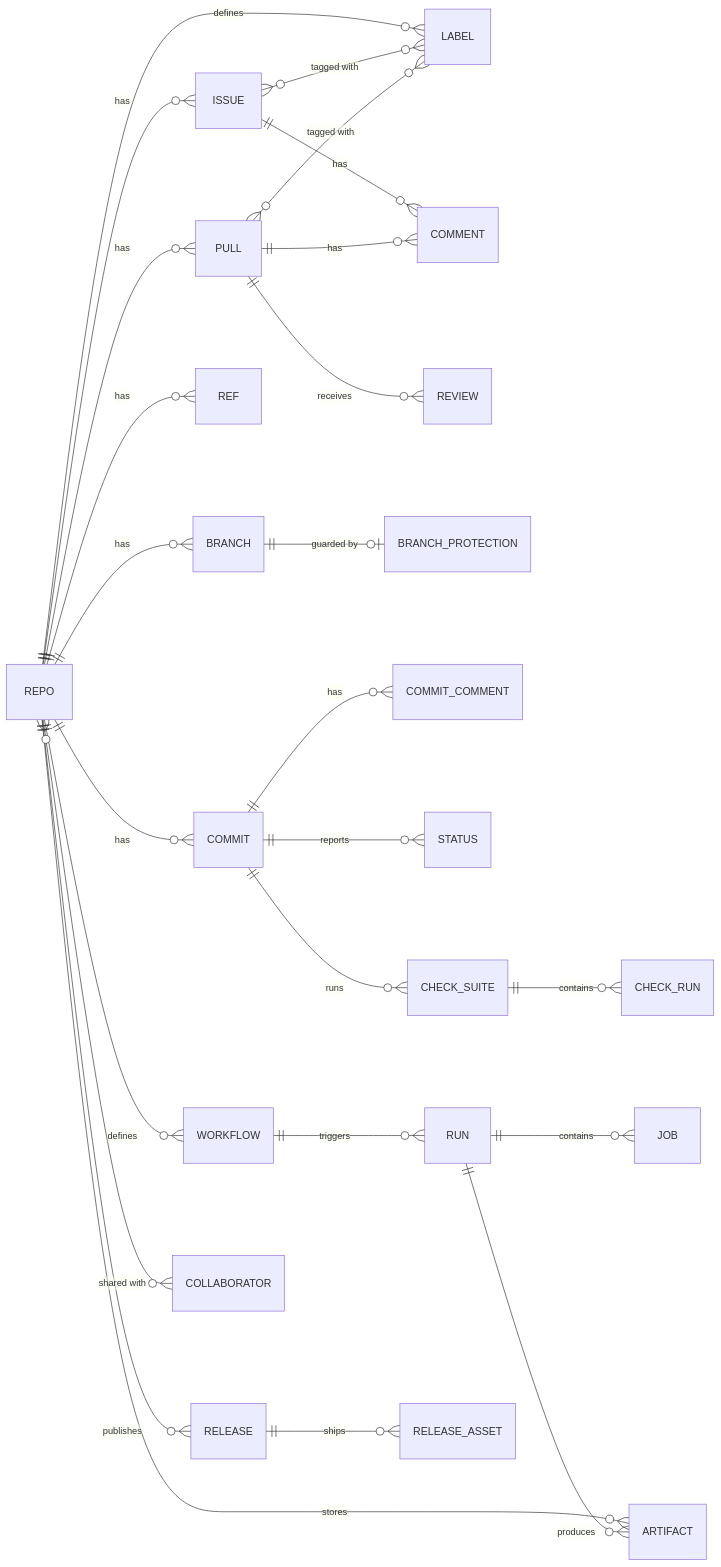
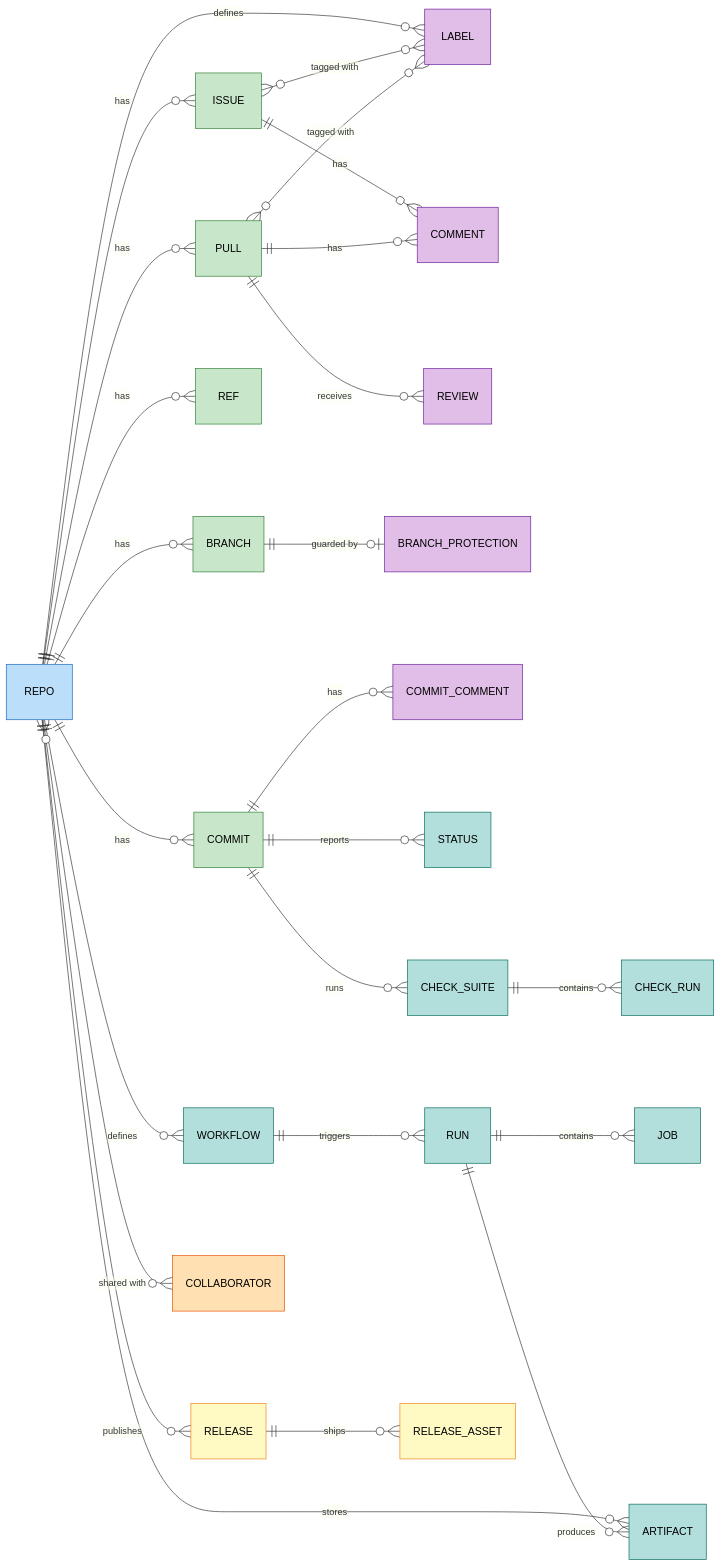
One commit to alephic-ai/foac changed the diagram in doc/github.md. Above: the diagram before and after it, drawn with Mermaid. The commit also changed 6 other files, not shown here.

````diff
--- a/doc/github.md
+++ b/doc/github.md
@@ -33,29 +33,41 @@
 ```mermaid
 erDiagram
     %% LR stacks siblings vertically: tall and narrow instead of very wide
     direction LR
     REPO ||--o{ ISSUE : has
     REPO ||--o{ PULL : has
     REPO ||--o{ BRANCH : has
     REPO ||--o{ REF : has
     REPO ||--o{ COMMIT : has
     REPO ||--o{ LABEL : defines
     REPO ||--o{ RELEASE : publishes
     REPO ||--o{ WORKFLOW : defines
     REPO ||--o{ ARTIFACT : stores
     REPO }o--o{ COLLABORATOR : "shared with"
     ISSUE ||--o{ COMMENT : has
     PULL ||--o{ COMMENT : has
     ISSUE }o--o{ LABEL : "tagged with"
     PULL }o--o{ LABEL : "tagged with"
     PULL ||--o{ REVIEW : receives
     BRANCH ||--o| BRANCH_PROTECTION : "guarded by"
     COMMIT ||--o{ COMMIT_COMMENT : has
     COMMIT ||--o{ STATUS : reports
     COMMIT ||--o{ CHECK_SUITE : runs
     CHECK_SUITE ||--o{ CHECK_RUN : contains
     WORKFLOW ||--o{ RUN : triggers
     RUN ||--o{ JOB : contains
     RUN ||--o{ ARTIFACT : produces
     RELEASE ||--o{ RELEASE_ASSET : ships
+    classDef scope fill:#bbdefb,stroke:#1565c0,color:#000
+    classDef work fill:#c8e6c9,stroke:#2e7d32,color:#000
+    classDef people fill:#ffe0b2,stroke:#e65100,color:#000
+    classDef annotation fill:#e1bee7,stroke:#6a1b9a,color:#000
+    classDef ci fill:#b2dfdb,stroke:#00695c,color:#000
+    classDef release fill:#fff9c4,stroke:#f57f17,color:#000
+    class REPO scope
+    class ISSUE,PULL,BRANCH,REF,COMMIT work
+    class COLLABORATOR people
+    class COMMENT,COMMIT_COMMENT,REVIEW,LABEL,BRANCH_PROTECTION annotation
+    class WORKFLOW,RUN,JOB,ARTIFACT,STATUS,CHECK_SUITE,CHECK_RUN ci
+    class RELEASE,RELEASE_ASSET release
 ```
````
